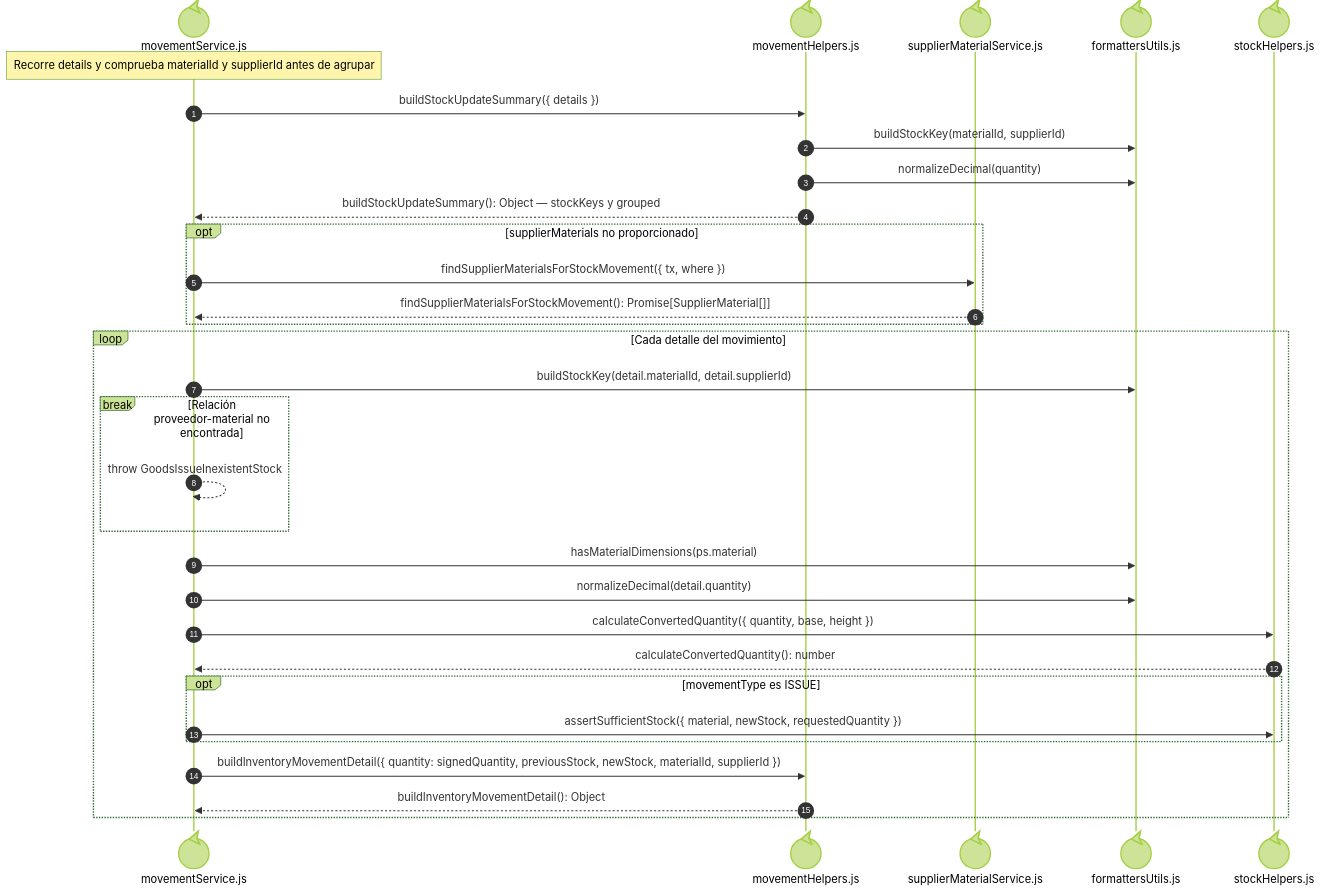
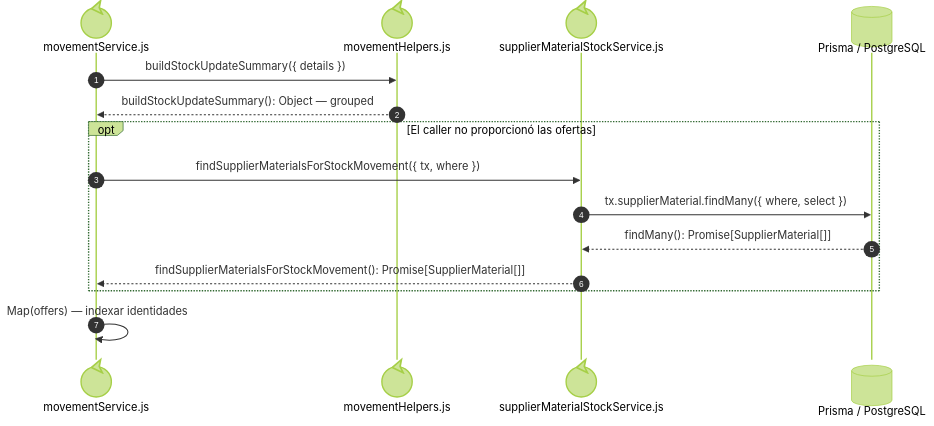
Before and after one commit to gpgsistemas01/nexus: the fifth of 6 diagrams in docs/architecture/views/processes/backend-code-sequences/purchases/cu-ent-09.md, drawn with Mermaid (forest theme). The commit also changed other lines of this file and 122 other files, not shown here.

````diff
--- a/docs/architecture/views/processes/backend-code-sequences/purchases/cu-ent-09.md
+++ b/docs/architecture/views/processes/backend-code-sequences/purchases/cu-ent-09.md
@@ -206,34 +208,17 @@
 ```mermaid
 sequenceDiagram
     autonumber
     participant Inventory@{ "type": "control" } as movementService.js
     participant MovementHelpers@{ "type": "control" } as movementHelpers.js
-    participant Costs@{ "type": "control" } as supplierMaterialService.js
-    participant Formatter@{ "type": "control" } as formattersUtils.js
-    participant StockChecks@{ "type": "control" } as stockHelpers.js
-
-    Note over Inventory: Recorre details y comprueba materialId y supplierId antes de agrupar
+    participant StockBalance@{ "type": "control" } as supplierMaterialStockService.js
+    participant Prisma@{ "type": "database" } as Prisma / PostgreSQL
     Inventory->>MovementHelpers: buildStockUpdateSummary({ details })
-    MovementHelpers->>Formatter: buildStockKey(materialId, supplierId)
-    MovementHelpers->>Formatter: normalizeDecimal(quantity)
-    MovementHelpers-->>Inventory: buildStockUpdateSummary(): Object — stockKeys y grouped
-    opt supplierMaterials no proporcionado
-        Inventory->>Costs: findSupplierMaterialsForStockMovement({ tx, where })
-        Costs-->>Inventory: findSupplierMaterialsForStockMovement(): Promise[SupplierMaterial[]]
+    MovementHelpers-->>Inventory: buildStockUpdateSummary(): Object — grouped
+    opt El caller no proporcionó las ofertas
+        Inventory->>StockBalance: findSupplierMaterialsForStockMovement({ tx, where })
+        StockBalance->>Prisma: tx.supplierMaterial.findMany({ where, select })
+        Prisma-->>StockBalance: findMany(): Promise[SupplierMaterial[]]
+        StockBalance-->>Inventory: findSupplierMaterialsForStockMovement(): Promise[SupplierMaterial[]]
     end
-    loop Cada detalle del movimiento
-        Inventory->>Formatter: buildStockKey(detail.materialId, detail.supplierId)
-        break Relación proveedor-material no encontrada
-            Inventory-->>Inventory: throw GoodsIssueInexistentStock
-        end
-        Inventory->>Formatter: hasMaterialDimensions(ps.material)
-        Inventory->>Formatter: normalizeDecimal(detail.quantity)
-        Inventory->>StockChecks: calculateConvertedQuantity({ quantity, base, height })
-        StockChecks-->>Inventory: calculateConvertedQuantity(): number
-        opt movementType es ISSUE
-            Inventory->>StockChecks: assertSufficientStock({ material, newStock, requestedQuantity })
-        end
-        Inventory->>MovementHelpers: buildInventoryMovementDetail({ quantity: signedQuantity, previousStock, newStock, materialId, supplierId })
-        MovementHelpers-->>Inventory: buildInventoryMovementDetail(): Object
-    end
+    Inventory->>Inventory: Map(offers) — indexar identidades
 ```
````
